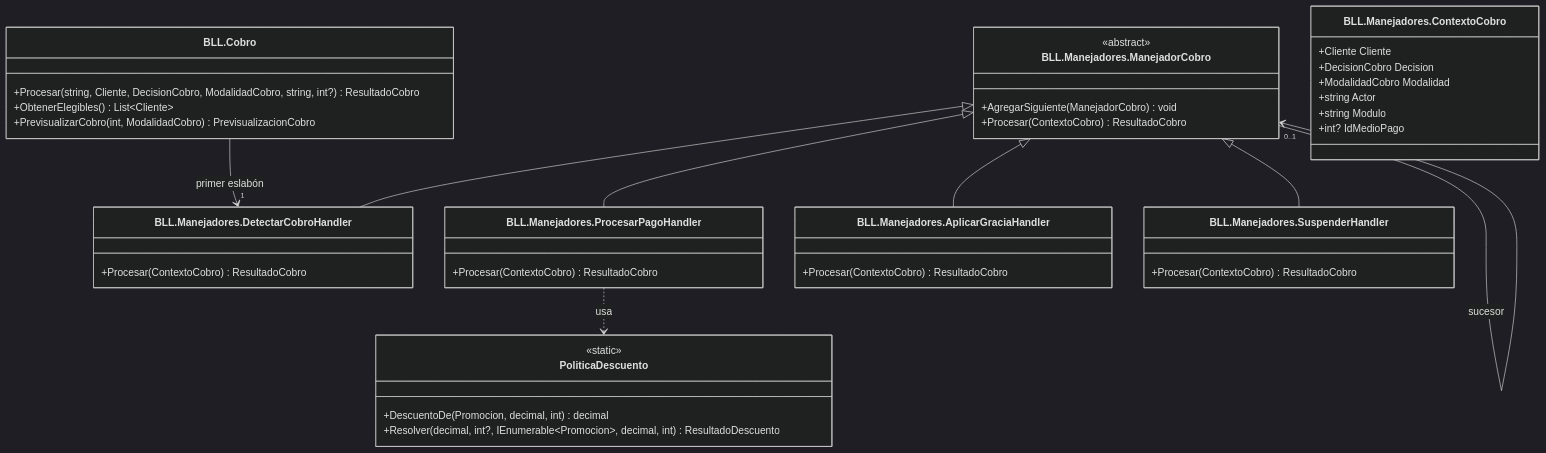
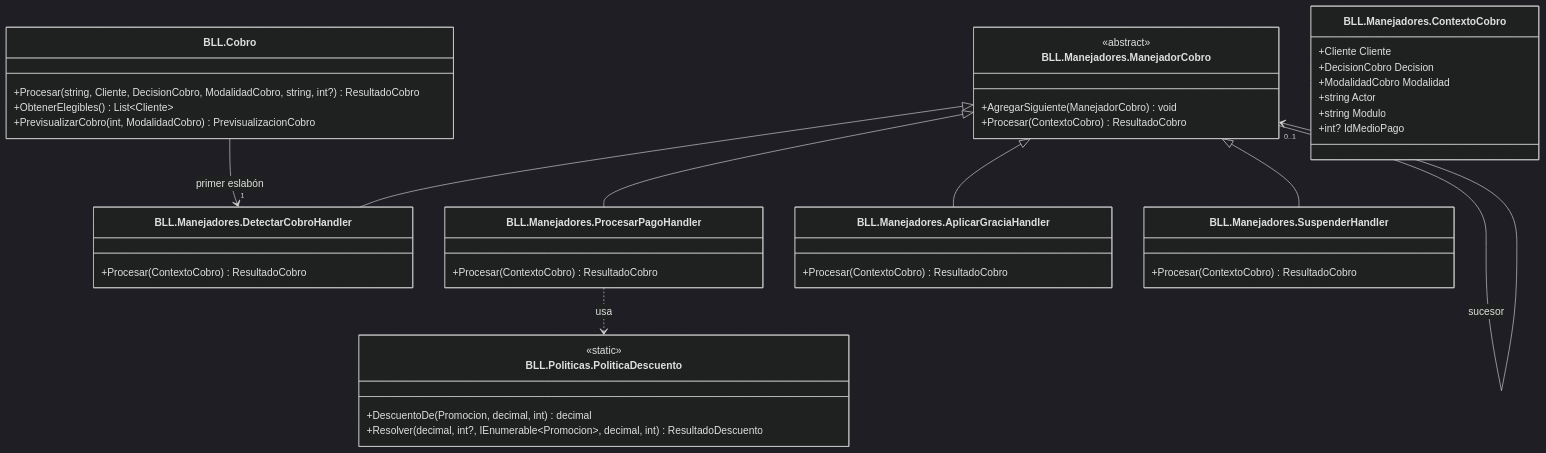
One commit to valentinamorana/Trabajo-de-Diploma changed the diagram in docs/diagramas/mermaid/CLASES_patron_chain_cobro.mmd. Above: the diagram before and after it, drawn with Mermaid (dark theme). The commit also changed 36 other files, not shown here.

First line of the commit message:
Arquitectura y codigo muerto: politicas a la BLL, lista de espera falla cerrada, roles desde la base

```diff
--- a/docs/diagramas/mermaid/CLASES_patron_chain_cobro.mmd
+++ b/docs/diagramas/mermaid/CLASES_patron_chain_cobro.mmd
@@ -1,44 +1,44 @@
 classDiagram
   direction TB
   class BLL_Cobro["BLL.Cobro"] {
     +Procesar(string,  Cliente,  DecisionCobro,  ModalidadCobro,  string,  int?) ResultadoCobro
     +ObtenerElegibles() List~Cliente~
     +PrevisualizarCobro(int,  ModalidadCobro) PrevisualizacionCobro
   }
   class BLL_Manejadores_ManejadorCobro["BLL.Manejadores.ManejadorCobro"] {
     <<abstract>>
     +AgregarSiguiente(ManejadorCobro) void
     +Procesar(ContextoCobro) ResultadoCobro
   }
   class BLL_Manejadores_DetectarCobroHandler["BLL.Manejadores.DetectarCobroHandler"] {
     +Procesar(ContextoCobro) ResultadoCobro
   }
   class BLL_Manejadores_ProcesarPagoHandler["BLL.Manejadores.ProcesarPagoHandler"] {
     +Procesar(ContextoCobro) ResultadoCobro
   }
   class BLL_Manejadores_AplicarGraciaHandler["BLL.Manejadores.AplicarGraciaHandler"] {
     +Procesar(ContextoCobro) ResultadoCobro
   }
   class BLL_Manejadores_SuspenderHandler["BLL.Manejadores.SuspenderHandler"] {
     +Procesar(ContextoCobro) ResultadoCobro
   }
   class BLL_Manejadores_ContextoCobro["BLL.Manejadores.ContextoCobro"] {
     +Cliente Cliente
     +DecisionCobro Decision
     +ModalidadCobro Modalidad
     +string Actor
     +string Modulo
     +int? IdMedioPago
   }
-  class PoliticaDescuento {
+  class BLL_Politicas_PoliticaDescuento["BLL.Politicas.PoliticaDescuento"] {
     <<static>>
     +DescuentoDe(Promocion,  decimal,  int) decimal
     +Resolver(decimal,  int?,  IEnumerable~Promocion~,  decimal,  int) ResultadoDescuento
   }
   BLL_Manejadores_ManejadorCobro <|-- BLL_Manejadores_DetectarCobroHandler
   BLL_Manejadores_ManejadorCobro <|-- BLL_Manejadores_ProcesarPagoHandler
   BLL_Manejadores_ManejadorCobro <|-- BLL_Manejadores_AplicarGraciaHandler
   BLL_Manejadores_ManejadorCobro <|-- BLL_Manejadores_SuspenderHandler
   BLL_Cobro --> "1" BLL_Manejadores_DetectarCobroHandler : primer eslabón
   BLL_Manejadores_ManejadorCobro --> "0..1" BLL_Manejadores_ManejadorCobro : sucesor
-  BLL_Manejadores_ProcesarPagoHandler ..> PoliticaDescuento : usa
+  BLL_Manejadores_ProcesarPagoHandler ..> BLL_Politicas_PoliticaDescuento : usa
```
